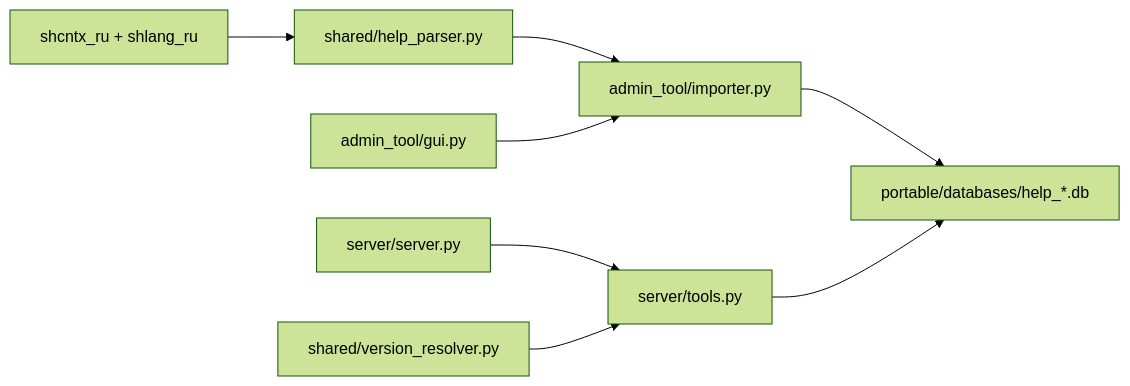
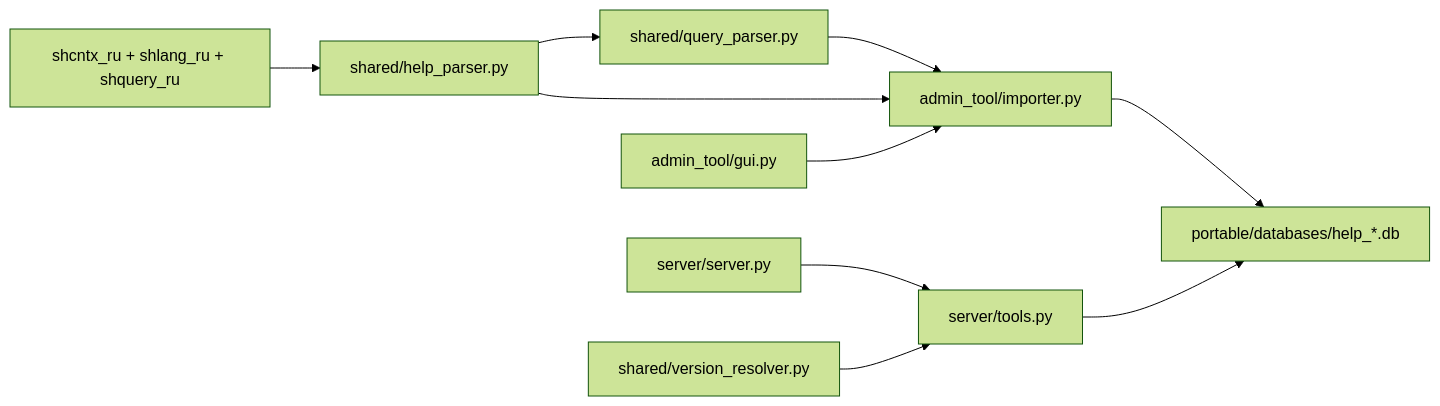
Before and after one commit to ai6i4yvu6147-coder/1c-help-mcp-server: the diagram in docs/architecture.md, drawn with Mermaid (forest theme). The commit also changed other lines of this file and 12 other files, not shown here.

First line of the commit message:
Add query language help from shquery_ru with dedicated MCP tools.

````diff
--- a/docs/architecture.md
+++ b/docs/architecture.md
@@ -5,10 +5,12 @@
 ```mermaid
 flowchart LR
-  HBK["shcntx_ru + shlang_ru"] --> Parser["shared/help_parser.py"]
-  Parser --> Importer["admin_tool/importer.py"]
+  HBK["shcntx_ru + shlang_ru + shquery_ru"] --> Parser["shared/help_parser.py"]
+  Parser --> QueryParser["shared/query_parser.py"]
+  QueryParser --> Importer["admin_tool/importer.py"]
+  Parser --> Importer
   Importer --> SQLite["portable/databases/help_*.db"]
   Admin["admin_tool/gui.py"] --> Importer
   MCP["server/server.py"] --> Tools["server/tools.py"]
   Tools --> SQLite
   Resolver["shared/version_resolver.py"] --> Tools
 ```
````
